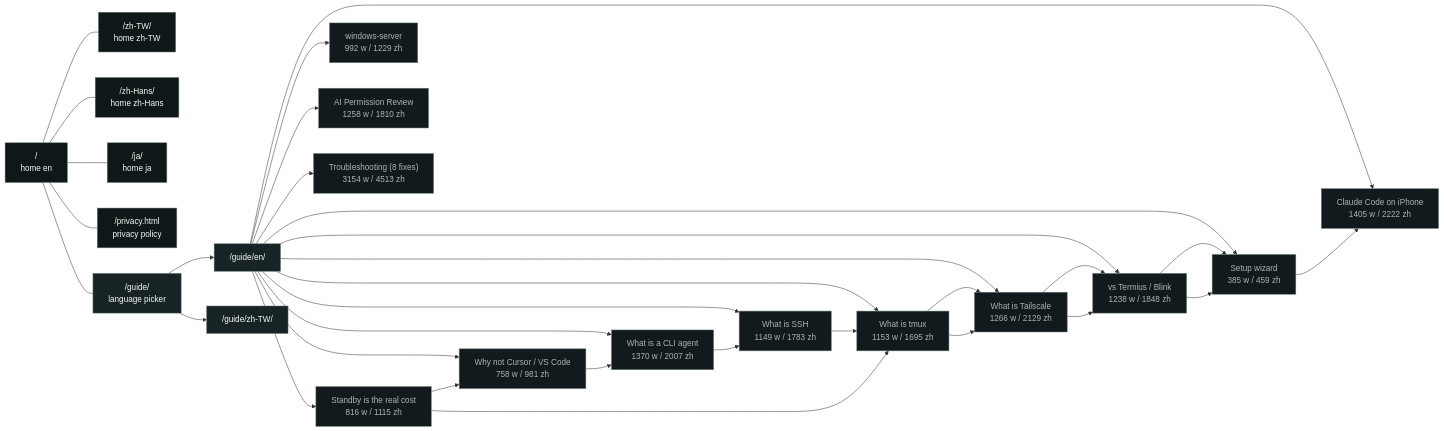
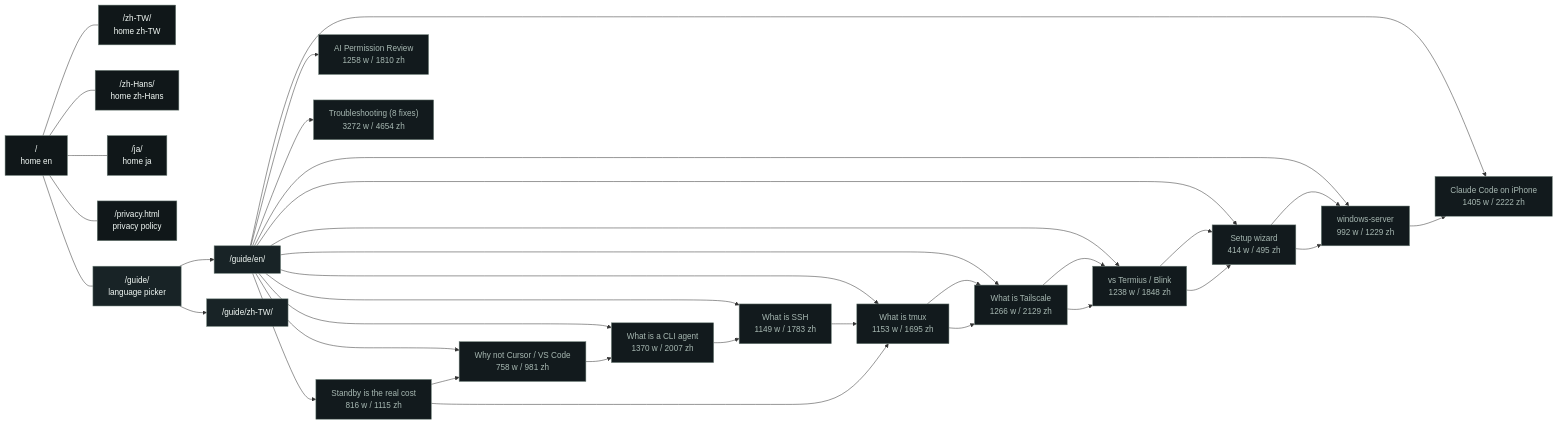
The diagram in SITE_MAP.md (saxlamen/Agentmux-site), drawn with Mermaid before and after one commit. The commit also changed other lines of this file and 46 other files, not shown here.

````diff
--- a/SITE_MAP.md
+++ b/SITE_MAP.md
@@ -46,45 +46,47 @@
 ```mermaid
 graph LR
   H["/<br>home en"]:::home
   homezhtw["/zh-TW/<br>home zh-TW"]:::home
   H --- homezhtw
   homezhhans["/zh-Hans/<br>home zh-Hans"]:::home
   H --- homezhhans
   homeja["/ja/<br>home ja"]:::home
   H --- homeja
   privacypolicy["/privacy.html<br>privacy policy"]:::home
   H --- privacypolicy
   G["/guide/<br>language picker"]:::hub
   H --- G
   EN["/guide/en/"]:::hub
   ZH["/guide/zh-TW/"]:::hub
   G --> EN
   G --> ZH
   EN --> whyremotevibecoding["Standby is the real cost<br>816 w / 1115 zh"]:::art
   EN --> whynotguiide["Why not Cursor / VS Code<br>758 w / 981 zh"]:::art
   EN --> whatiscli["What is a CLI agent<br>1370 w / 2007 zh"]:::art
   EN --> whatisssh["What is SSH<br>1149 w / 1783 zh"]:::art
   EN --> whatistmux["What is tmux<br>1153 w / 1695 zh"]:::art
   EN --> whatistailscale["What is Tailscale<br>1266 w / 2129 zh"]:::art
   EN --> whyagentmux["vs Termius / Blink<br>1238 w / 1848 zh"]:::art
-  EN --> setup["Setup wizard<br>385 w / 459 zh"]:::art
+  EN --> setup["Setup wizard<br>414 w / 495 zh"]:::art
   EN --> windowsserver["windows-server<br>992 w / 1229 zh"]:::art
   EN --> claudecodeoniphone["Claude Code on iPhone<br>1405 w / 2222 zh"]:::art
   EN --> permissionreview["AI Permission Review<br>1258 w / 1810 zh"]:::art
-  EN --> troubleshooting["Troubleshooting (8 fixes)<br>3154 w / 4513 zh"]:::art
+  EN --> troubleshooting["Troubleshooting (8 fixes)<br>3272 w / 4654 zh"]:::art
   whyremotevibecoding --> whynotguiide
   whynotguiide --> whatiscli
   whatiscli --> whatisssh
   whatisssh --> whatistmux
   whatistmux --> whatistailscale
   whatistailscale --> whyagentmux
   whyagentmux --> setup
+  setup --> windowsserver
   whyremotevibecoding --> whatistmux
   whatistmux --> whatistailscale
   whatistailscale --> whyagentmux
   whyagentmux --> setup
-  setup --> claudecodeoniphone
+  setup --> windowsserver
+  windowsserver --> claudecodeoniphone
   classDef home fill:#101719,color:#f4fbf7,stroke:#6f817a;
   classDef hub fill:#182326,color:#f4fbf7,stroke:#6f817a;
   classDef art fill:#121a1d,color:#a7b8b2,stroke:#6f817a;
 ```
````
